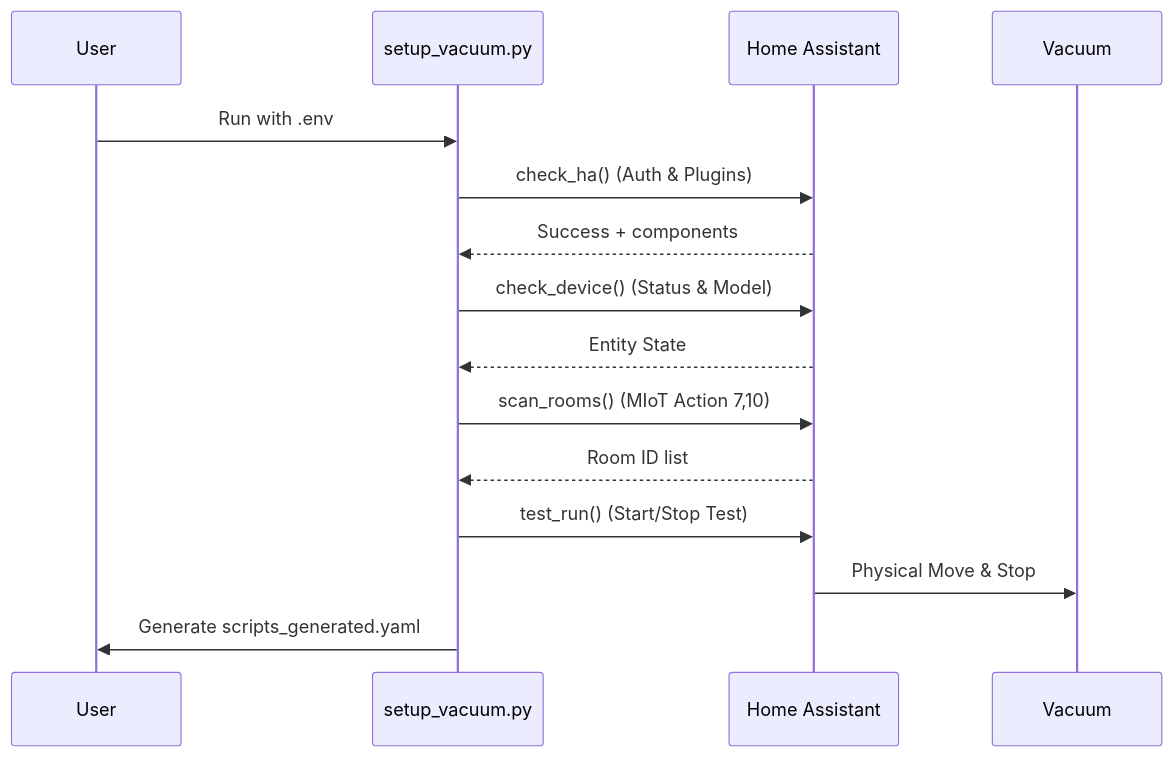
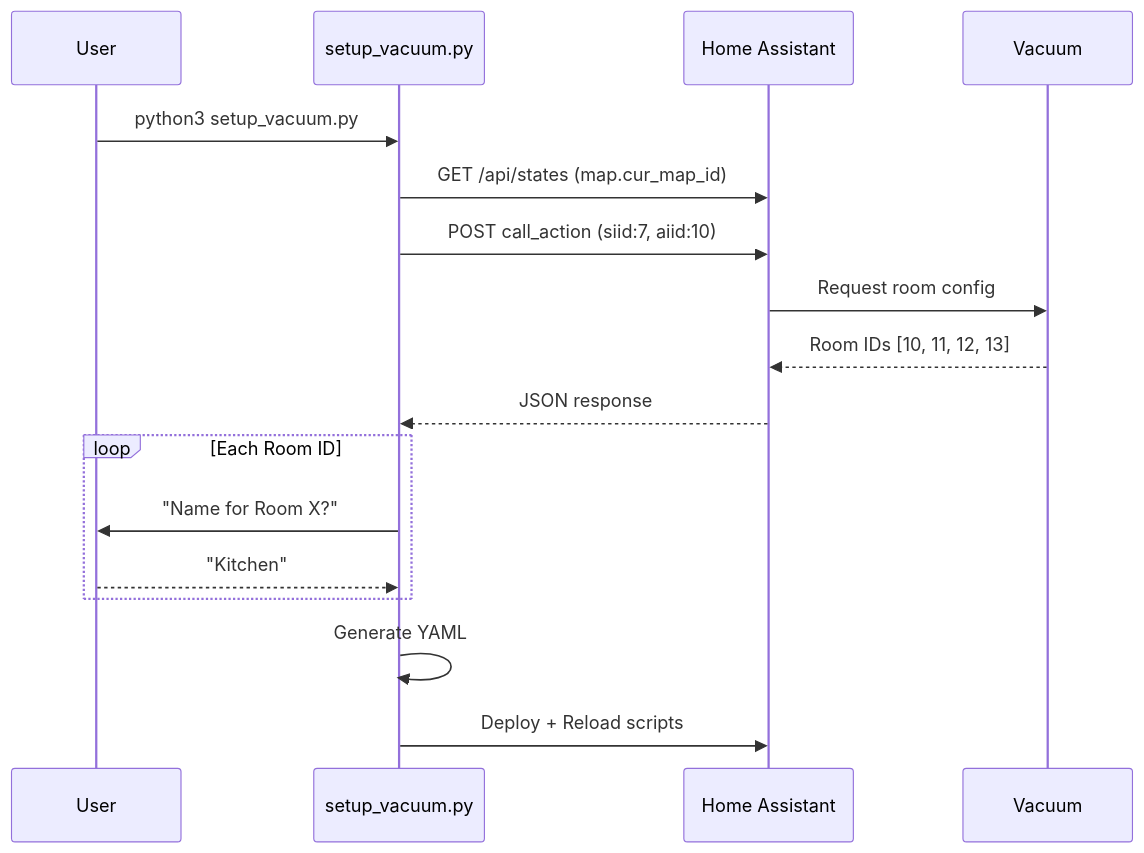
One commit to yobushka/xiaomiRobotT12Hass changed the diagram in README.md. Above: the diagram before and after it, drawn with Mermaid. The commit also changed other lines of this file and 4 other files, not shown here.

````diff
--- a/README.md
+++ b/README.md
@@ -19,18 +96,22 @@
 ```mermaid
 sequenceDiagram
-    participant User
-    participant Script as setup_vacuum.py
+    participant U as User
+    participant S as setup_vacuum.py
     participant HA as Home Assistant
-    participant Vacuum
+    participant V as Vacuum
 
-    User->>Script: Run with .env
-    Script->>HA: check_ha() (Auth & Plugins)
-    HA-->>Script: Success + components
-    Script->>HA: check_device() (Status & Model)
-    HA-->>Script: Entity State
-    Script->>HA: scan_rooms() (MIoT Action 7,10)
-    HA-->>Script: Room ID list
-    Script->>HA: test_run() (Start/Stop Test)
-    HA->>Vacuum: Physical Move & Stop
-    Script->>User: Generate scripts_generated.yaml
+    U->>S: python3 setup_vacuum.py
+    S->>HA: GET /api/states (map.cur_map_id)
+    S->>HA: POST call_action (siid:7, aiid:10)
+    HA->>V: Request room config
+    V-->>HA: Room IDs [10, 11, 12, 13]
+    HA-->>S: JSON response
+    
+    loop Each Room ID
+        S->>U: "Name for Room X?"
+        U-->>S: "Kitchen"
+    end
+    
+    S->>S: Generate YAML
+    S->>HA: Deploy + Reload scripts
 ```
````
